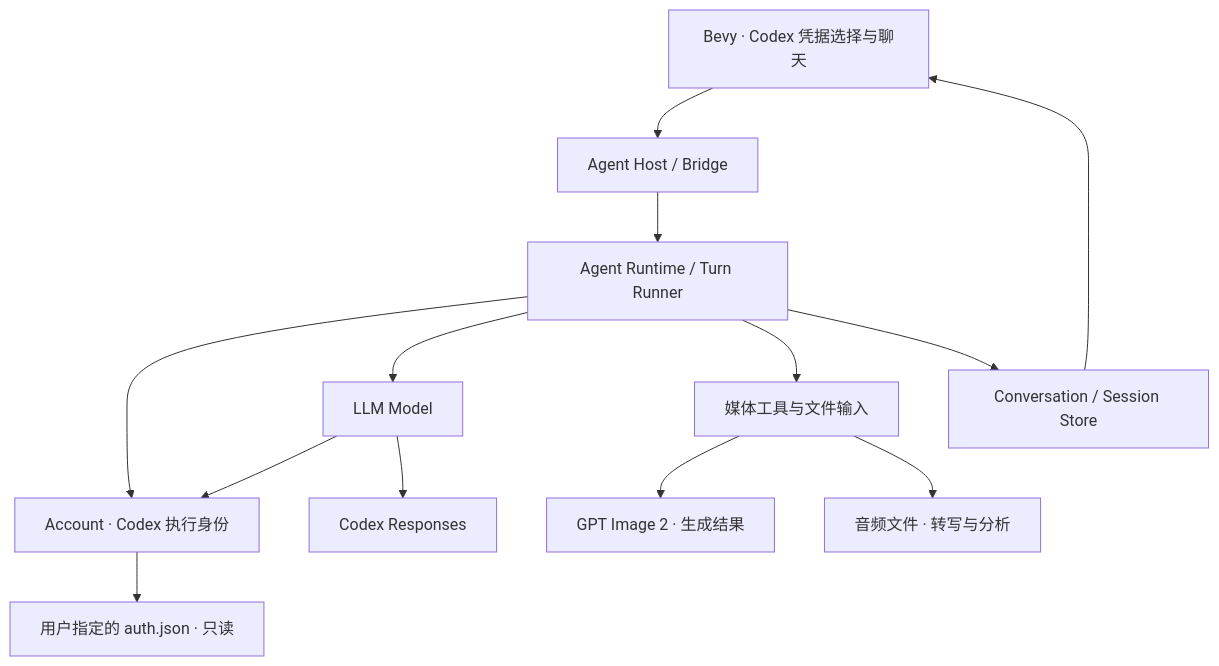
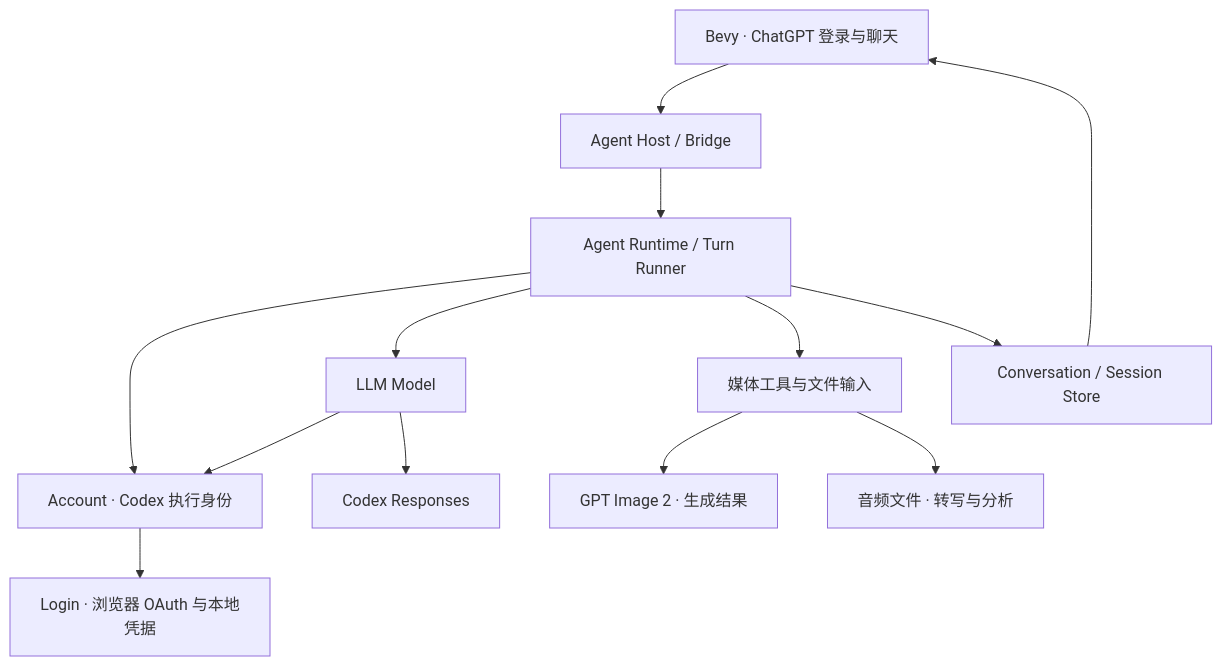
One commit to slc90/Agentelier changed the diagram in docs/design/subscription-media/README.md. Above: the diagram before and after it, drawn with Mermaid. The commit also changed other lines of this file and 17 other files, not shown here.

First line of the commit message:
Complete the ChatGPT account sign-in experience

````diff
--- a/docs/design/subscription-media/README.md
+++ b/docs/design/subscription-media/README.md
@@ -7,15 +7,15 @@
 ```mermaid
 flowchart TD
-    UI["Bevy · Codex 凭据选择与聊天"] --> Host["Agent Host / Bridge"]
+    UI["Bevy · ChatGPT 登录与聊天"] --> Host["Agent Host / Bridge"]
     Host --> Runtime["Agent Runtime / Turn Runner"]
     Runtime --> Account["Account · Codex 执行身份"]
-    Account --> Codex["用户指定的 auth.json · 只读"]
+    Account --> Login["Login · 浏览器 OAuth 与本地凭据"]
     Runtime --> Model["LLM Model"]
     Model --> Account
     Model --> CodexAPI["Codex Responses"]
     Runtime --> Media["媒体工具与文件输入"]
     Media --> Images["GPT Image 2 · 生成结果"]
     Media --> Audio["音频文件 · 转写与分析"]
     Runtime --> Store["Conversation / Session Store"]
     Store --> UI
 ```
````
